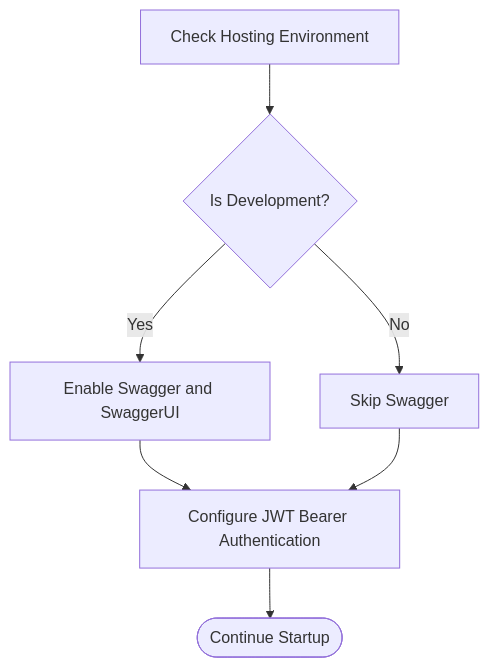
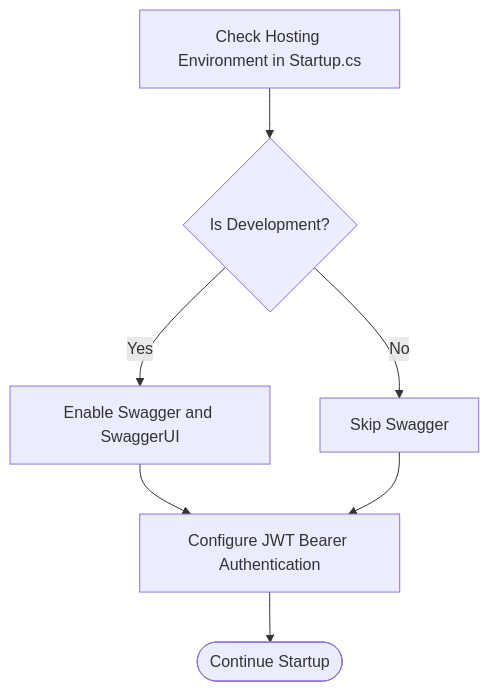
One commit to MuhammadFaizanQamar/game-backend-service changed the fifth of 6 diagrams in .qoder/repowiki/en/content/Configuration & Settings/Environment Configuration.md. Above: the diagram before and after it, drawn with Mermaid. The commit also changed other lines of this file and 62 other files, not shown here.

````diff
--- a/.qoder/repowiki/en/content/Configuration & Settings/Environment Configuration.md
+++ b/.qoder/repowiki/en/content/Configuration & Settings/Environment Configuration.md
@@ -260,9 +293,9 @@
 ```mermaid
 flowchart TD
-EnvCheck["Check Hosting Environment"] --> IsDev{"Is Development?"}
+EnvCheck["Check Hosting Environment in Startup.cs"] --> IsDev{"Is Development?"}
 IsDev --> |Yes| EnableSwagger["Enable Swagger and SwaggerUI"]
 IsDev --> |No| SkipSwagger["Skip Swagger"]
 EnableSwagger --> AuthSetup["Configure JWT Bearer Authentication"]
 SkipSwagger --> AuthSetup
 AuthSetup --> Done(["Continue Startup"])
 ```
````
